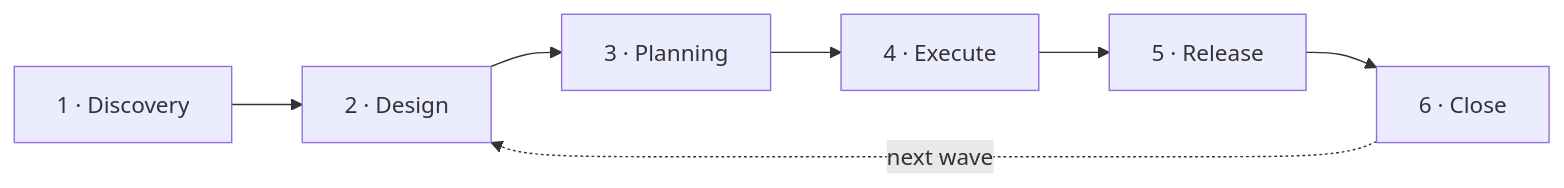
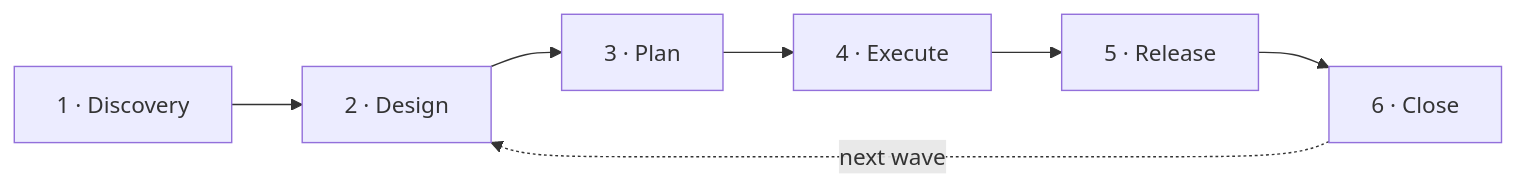
The diagram in README.md (farias-77/skills), drawn with Mermaid before and after one commit. The commit also changed other lines of this file and 3 other files, not shown here.

First line of the commit message:
docs: stage 3 is the sequence — README, the rulings rule and the reviewer contract name the worker owner at plan; execute carries the v7 note (goals, not issues)

````diff
--- a/README.md
+++ b/README.md
@@ -28,9 +28,9 @@
 ```mermaid
 flowchart LR
   D1["1 · Discovery"] --> D2["2 · Design"]
-  D2 --> D3["3 · Planning"]
+  D2 --> D3["3 · Plan"]
   D3 --> D4["4 · Execute"]
   D4 --> D5["5 · Release"]
   D5 --> D6["6 · Close"]
   D6 -. "next wave" .-> D2
 ```
````
